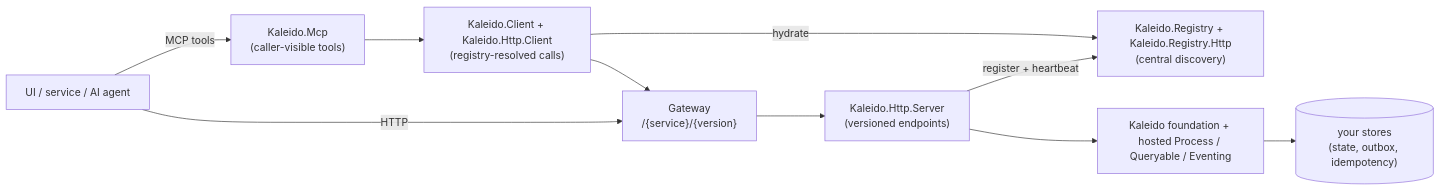
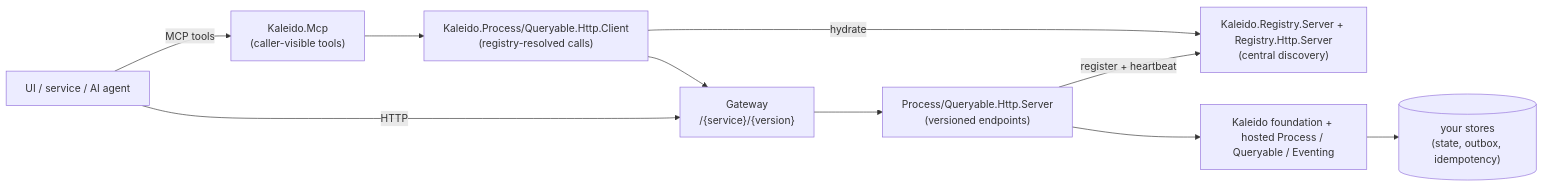
One commit to no1ross/Kaleido changed the diagram in docs/guide/README.md. Above: the diagram before and after it, drawn with Mermaid. The commit also changed 6 other files, not shown here.

````diff
--- a/docs/guide/README.md
+++ b/docs/guide/README.md
@@ -20,18 +20,18 @@
 ```mermaid
 flowchart LR
     caller["UI / service / AI agent"]
     mcp["Kaleido.Mcp<br/>(caller-visible tools)"]
-    client["Kaleido.Client + Kaleido.Http.Client<br/>(registry-resolved calls)"]
+    client["Kaleido.Process/Queryable.Http.Client<br/>(registry-resolved calls)"]
     gateway["Gateway<br/>/{service}/{version}"]
-    registry["Kaleido.Registry + Kaleido.Registry.Http<br/>(central discovery)"]
-    http["Kaleido.Http.Server<br/>(versioned endpoints)"]
+    registry["Kaleido.Registry.Server + Registry.Http.Server<br/>(central discovery)"]
+    http["Process/Queryable.Http.Server<br/>(versioned endpoints)"]
     core["Kaleido foundation + hosted Process / Queryable / Eventing"]
     store[("your stores<br/>(state, outbox, idempotency)")]
 
     caller -- "MCP tools" --> mcp
     caller -- "HTTP" --> gateway
     mcp --> client --> gateway
     gateway --> http --> core --> store
     http -- "register + heartbeat" --> registry
     client -- "hydrate" --> registry
 ```
````
